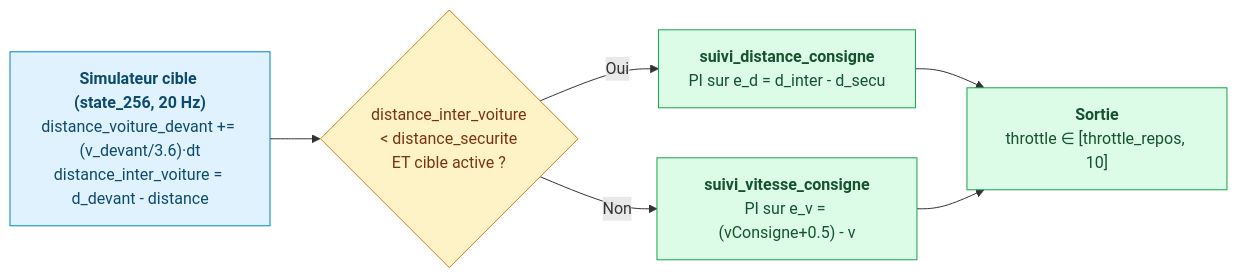
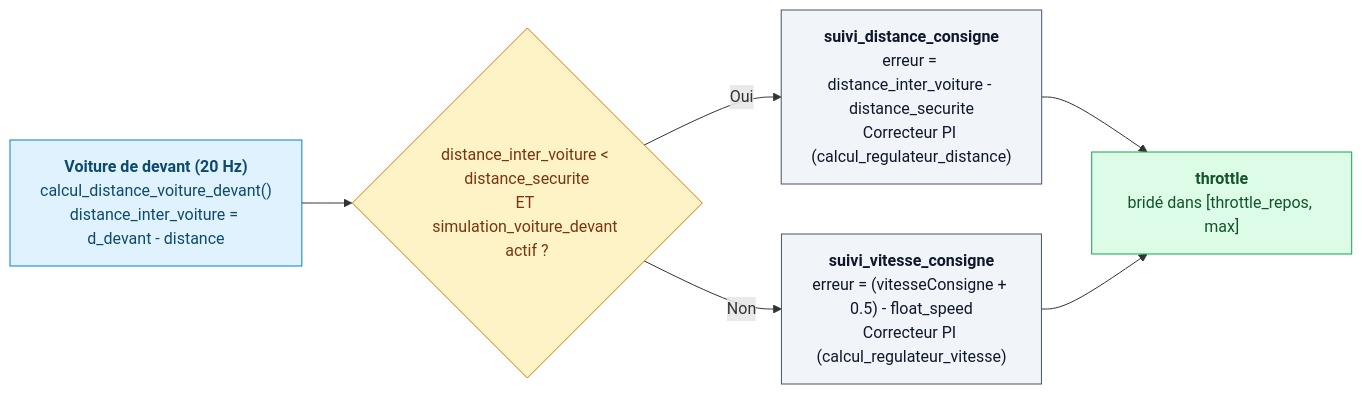
One commit to benoitdekeyn/E4SE_TD_TP changed the eighth of 9 diagrams in systemes_evenements_discrets/Rapport/Rapport.md. Above: the diagram before and after it, drawn with Mermaid. The commit also changed other lines of this file and 1 other file, not shown here.

Commit message:
màj limiteur de vitesse et reorganisation des titres

````diff
--- a/systemes_evenements_discrets/Rapport/Rapport.md
+++ b/systemes_evenements_discrets/Rapport/Rapport.md
@@ -1020,19 +1079,21 @@
 ```mermaid
 flowchart LR
-    ENV["`**Simulateur cible (state_256, 20 Hz)**<br/>distance_voiture_devant += (v_devant/3.6)·dt<br/>distance_inter_voiture = d_devant - distance`"]
-    DEC{"`distance_inter_voiture<br/>< distance_securite<br/>ET cible active ?`"}
-    DIST["`**suivi_distance_consigne**<br/>PI sur e_d = d_inter - d_secu`"]
-    VIT["`**suivi_vitesse_consigne**<br/>PI sur e_v = (vConsigne+0.5) - v`"]
-    THR["`**Sortie**<br/>throttle ∈ [throttle_repos, 10]`"]
+    ENV["`**Voiture de devant (20 Hz)**<br/>calcul_distance_voiture_devant()<br/>distance_inter_voiture = d_devant - distance`"]
+    DEC{"`distance_inter_voiture < distance_securite<br/>ET simulation_voiture_devant actif ?`"}
+    DIST["`**suivi_distance_consigne**<br/>erreur = distance_inter_voiture - distance_securite<br/>Correcteur PI (calcul_regulateur_distance)`"]
+    VIT["`**suivi_vitesse_consigne**<br/>erreur = (vitesseConsigne + 0.5) - float_speed<br/>Correcteur PI (calcul_regulateur_vitesse)`"]
+    THR["`**throttle**<br/>bridé dans [throttle_repos, max]`"]
 
     ENV --> DEC
     DEC -->|"`Oui`"| DIST --> THR
     DEC -->|"`Non`"| VIT --> THR
 
     classDef env fill:#e0f2fe,stroke:#0284c7,color:#0c4a6e
     classDef dec fill:#fef3c7,stroke:#d97706,color:#78350f
-    classDef act fill:#dcfce7,stroke:#16a34a,color:#14532d
+    classDef blk fill:#f1f5f9,stroke:#475569,color:#0f172a
+    classDef out fill:#dcfce7,stroke:#16a34a,color:#14532d
     class ENV env
     class DEC dec
-    class DIST,VIT,THR act
+    class DIST,VIT blk
+    class THR out
 ```
````
